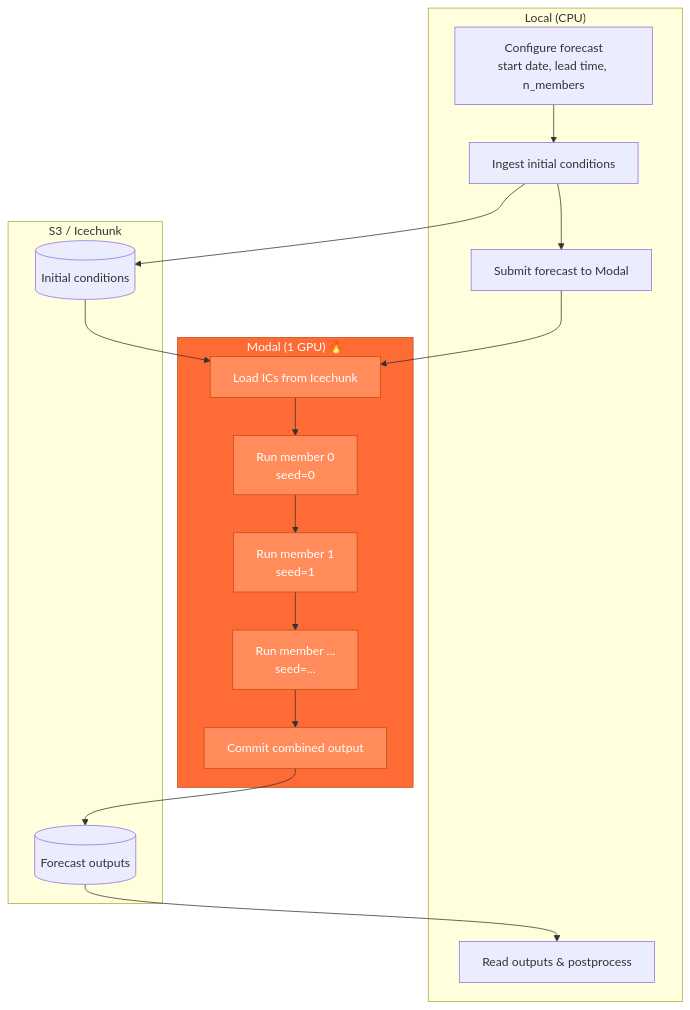
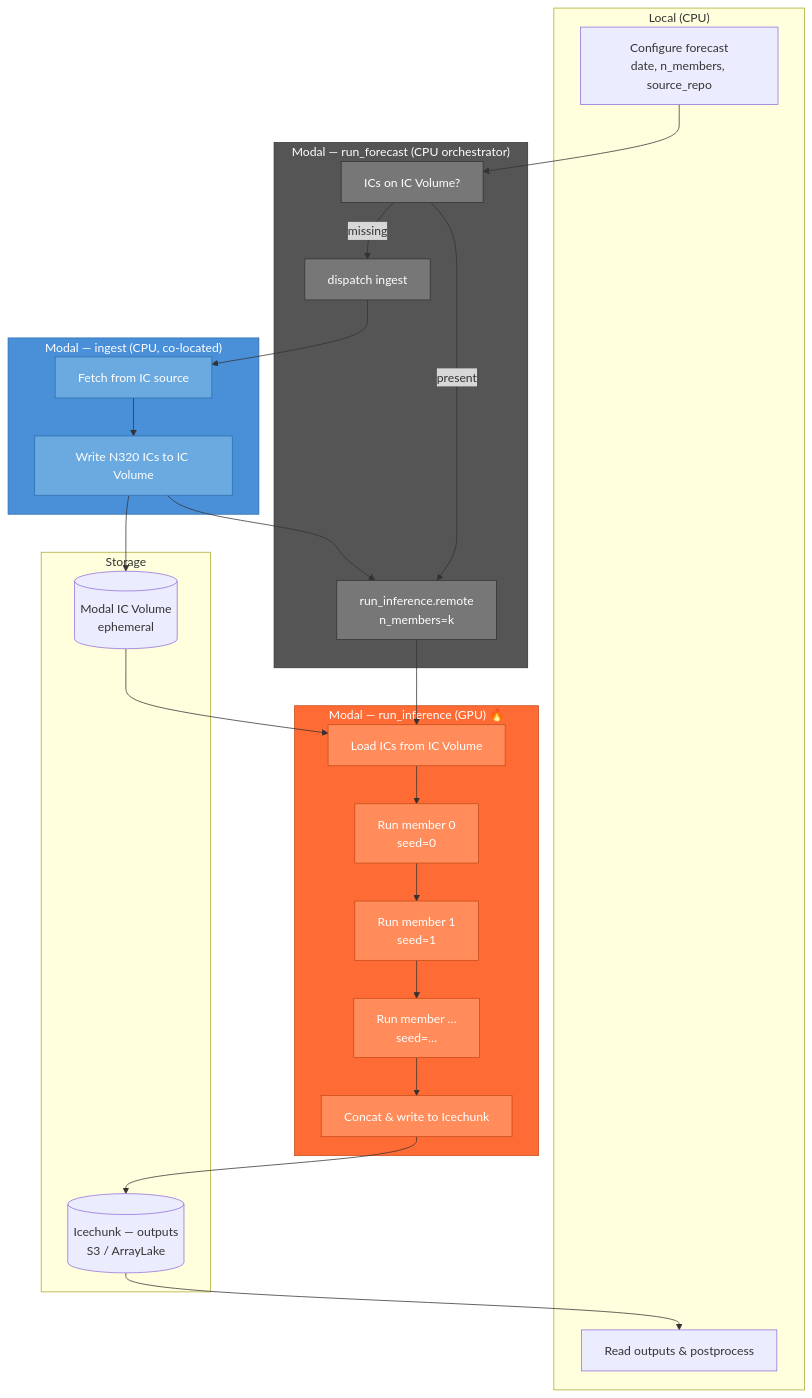
The second of 3 diagrams in docs/how-it-works.md (martibosch/aifs-modal), drawn with Mermaid before and after one commit. The commit also changed other lines of this file and 12 other files, not shown here.

````diff
--- a/docs/how-it-works.md
+++ b/docs/how-it-works.md
@@ -62,37 +78,53 @@
 ```{mermaid}
 flowchart TB
     subgraph local ["Local (CPU)"]
-        A[Configure forecast<br/>start date, lead time, n_members]
-        B[Ingest initial conditions]
-        C[Submit forecast to Modal]
-        G[Read outputs & postprocess]
+        A[Configure forecast<br/>date, n_members, source_repo]
+        J[Read outputs & postprocess]
     end
 
-    subgraph modal ["Modal (1 GPU) 🔥"]
-        D[Load ICs from Icechunk]
+    subgraph modal_orch ["Modal — run_forecast (CPU orchestrator)"]
+        B[ICs on IC Volume?]
+        C[dispatch ingest]
+        F[run_inference.remote<br/>n_members=k]
+    end
+
+    subgraph modal_ingest ["Modal — ingest (CPU, co-located)"]
+        G[Fetch from IC source]
+        H[Write N320 ICs to IC Volume]
+    end
+
+    subgraph modal_gpu ["Modal — run_inference (GPU) 🔥"]
+        I[Load ICs from IC Volume]
         E[Run member 0<br/>seed=0]
         E1[Run member 1<br/>seed=1]
-        E2[Run member ...<br/>seed=...]
-        F[Commit combined output]
+        E2[Run member …<br/>seed=…]
+        K[Concat & write to Icechunk]
     end
 
-    subgraph storage ["S3 / Icechunk"]
-        IC[(Initial conditions)]
-        OUT[(Forecast outputs)]
+    subgraph storage ["Storage"]
+        VOL[(Modal IC Volume<br/>ephemeral)]
+        OUT[(Icechunk — outputs<br/>S3 / ArrayLake)]
     end
 
-    A --> B --> C
-    B --> IC
-    C --> D
-    IC --> D
-    D --> E --> E1 --> E2 --> F
-    F --> OUT
-    OUT --> G
+    A --> B
+    B -- "missing" --> C --> G --> H --> VOL
+    H --> F
+    B -- "present" --> F
+    F --> I
+    VOL --> I
+    I --> E --> E1 --> E2 --> K --> OUT --> J
 
-    style modal fill:#ff6b35,stroke:#c44d1a,color:#fff
-    style D fill:#ff8c5a,stroke:#c44d1a,color:#fff
+    style modal_orch fill:#555,stroke:#333,color:#fff
+    style B fill:#777,stroke:#333,color:#fff
+    style C fill:#777,stroke:#333,color:#fff
+    style F fill:#777,stroke:#333,color:#fff
+    style modal_ingest fill:#4a90d9,stroke:#2c6fad,color:#fff
+    style G fill:#6aaae0,stroke:#2c6fad,color:#fff
+    style H fill:#6aaae0,stroke:#2c6fad,color:#fff
+    style modal_gpu fill:#ff6b35,stroke:#c44d1a,color:#fff
+    style I fill:#ff8c5a,stroke:#c44d1a,color:#fff
     style E fill:#ff8c5a,stroke:#c44d1a,color:#fff
     style E1 fill:#ff8c5a,stroke:#c44d1a,color:#fff
     style E2 fill:#ff8c5a,stroke:#c44d1a,color:#fff
-    style F fill:#ff8c5a,stroke:#c44d1a,color:#fff
+    style K fill:#ff8c5a,stroke:#c44d1a,color:#fff
 ```
````
